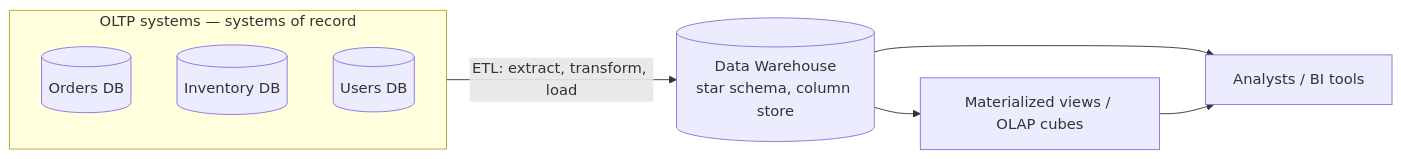
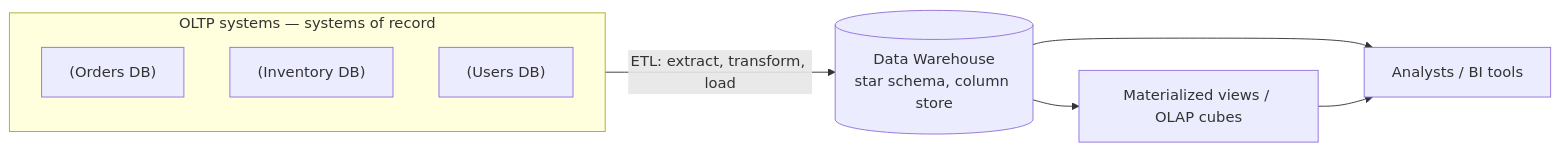
Before and after one commit to pankajThakur1874/studysheet: the first of 2 diagrams in files/01-foundations/09-oltp-olap-column-storage.md, drawn with Mermaid. The commit also changed other lines of this file and 102 other files, not shown here.

Commit message:
Auto-fix Mermaid diagram syntax across all study guides to prevent Syntax Error in Mermaid v10

````diff
--- a/files/01-foundations/09-oltp-olap-column-storage.md
+++ b/files/01-foundations/09-oltp-olap-column-storage.md
@@ -169,12 +169,12 @@
 ```mermaid
 flowchart LR
     subgraph OLTP[OLTP systems — systems of record]
-        A[(Orders DB)]
-        B[(Inventory DB)]
-        C[(Users DB)]
+        A["(Orders DB)"]
+        B["(Inventory DB)"]
+        C["(Users DB)"]
     end
-    OLTP -->|ETL: extract, transform, load| DW[(Data Warehouse<br/>star schema, column store)]
-    DW --> AN[Analysts / BI tools]
-    DW --> CUBE[Materialized views / OLAP cubes]
+    OLTP -->|ETL: extract, transform, load| DW[("Data Warehouse<br/>star schema, column store")]
+    DW --> AN["Analysts / BI tools"]
+    DW --> CUBE["Materialized views / OLAP cubes"]
     CUBE --> AN
 ```
````
